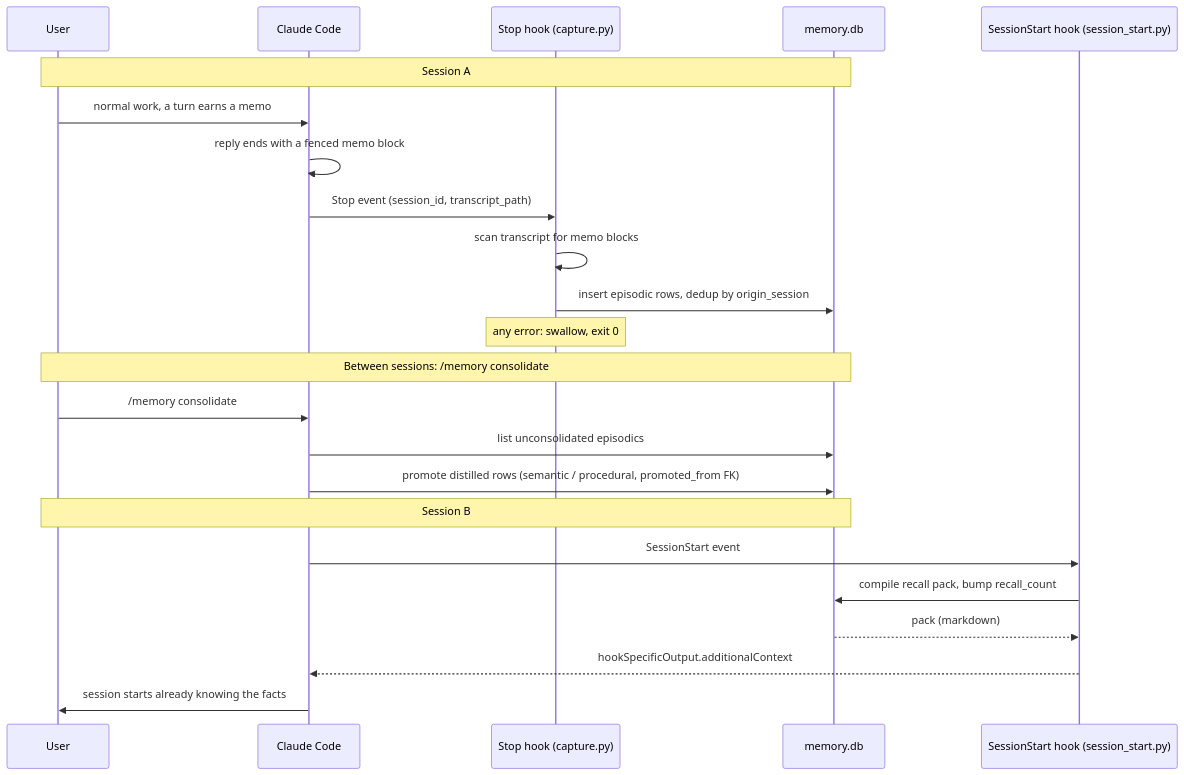
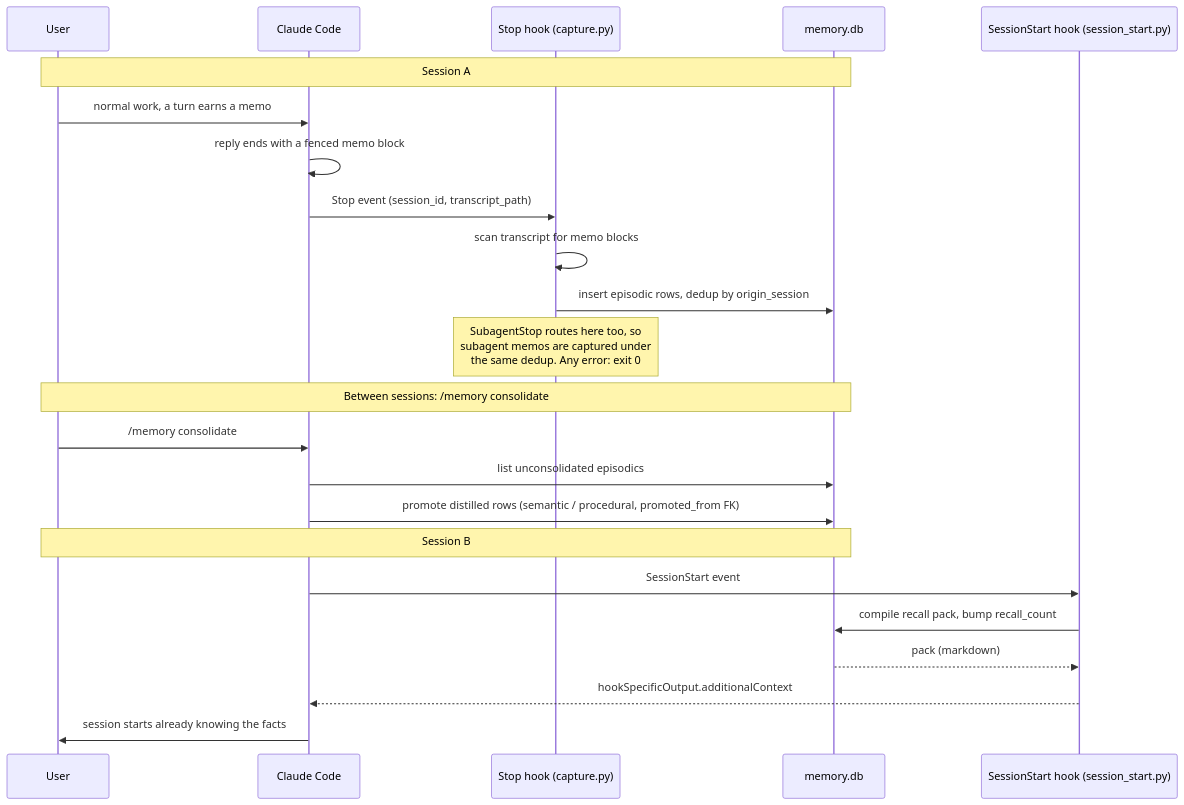
One commit to ddmsolutions/ai-memory changed the second of 2 diagrams in docs/architecture.md. Above: the diagram before and after it, drawn with Mermaid. The commit also changed 3 other files, not shown here.

Commit message:
feat: SubagentStop capture - subagent memos land under the same dedup (closes #5)

````diff
--- a/docs/architecture.md
+++ b/docs/architecture.md
@@ -39,28 +39,28 @@
 ```mermaid
 sequenceDiagram
     participant U as User
     participant CC as Claude Code
     participant Stop as Stop hook (capture.py)
     participant DB as memory.db
     participant SS as SessionStart hook (session_start.py)
 
     note over U,DB: Session A
     U->>CC: normal work, a turn earns a memo
     CC->>CC: reply ends with a fenced memo block
     CC->>Stop: Stop event (session_id, transcript_path)
     Stop->>Stop: scan transcript for memo blocks
     Stop->>DB: insert episodic rows, dedup by origin_session
-    note over Stop: any error: swallow, exit 0
+    note over Stop: SubagentStop routes here too, so<br/>subagent memos are captured under<br/>the same dedup. Any error: exit 0
 
     note over U,DB: Between sessions: /memory consolidate
     U->>CC: /memory consolidate
     CC->>DB: list unconsolidated episodics
     CC->>DB: promote distilled rows (semantic / procedural, promoted_from FK)
 
     note over U,DB: Session B
     CC->>SS: SessionStart event
     SS->>DB: compile recall pack, bump recall_count
     DB-->>SS: pack (markdown)
     SS-->>CC: hookSpecificOutput.additionalContext
     CC->>U: session starts already knowing the facts
 ```
````
